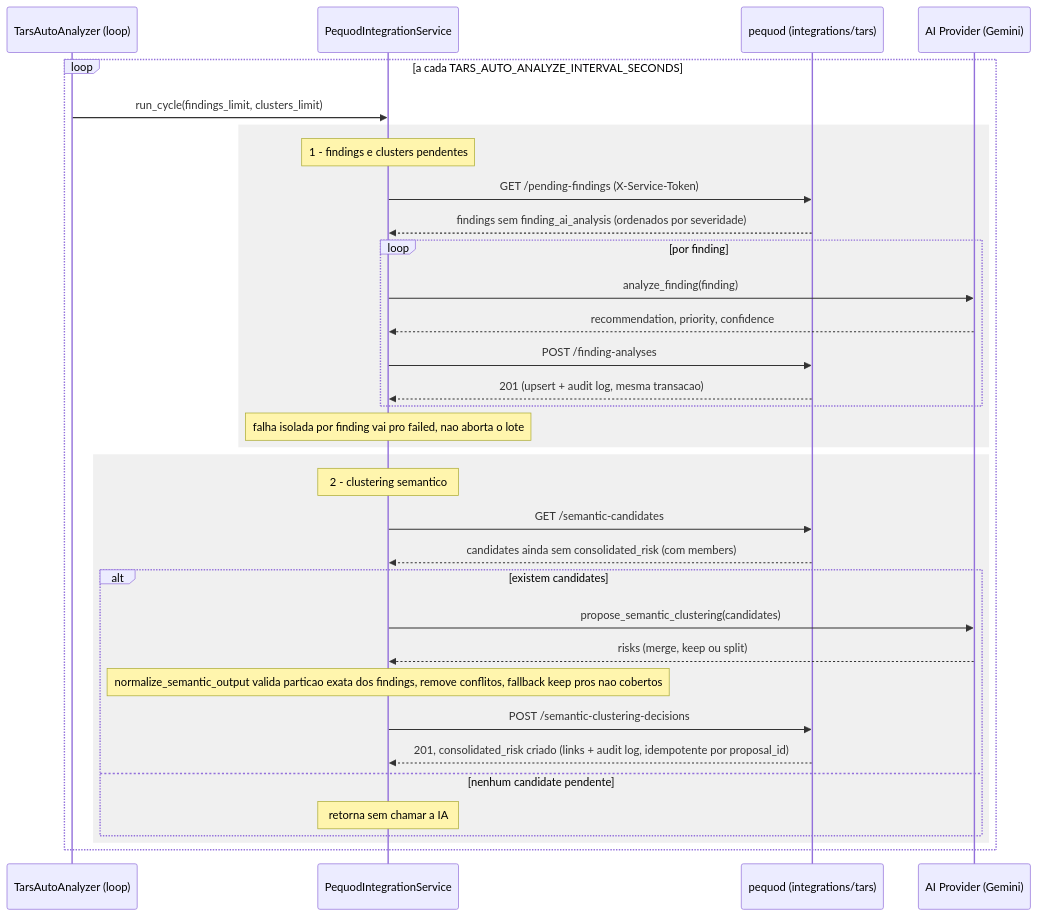
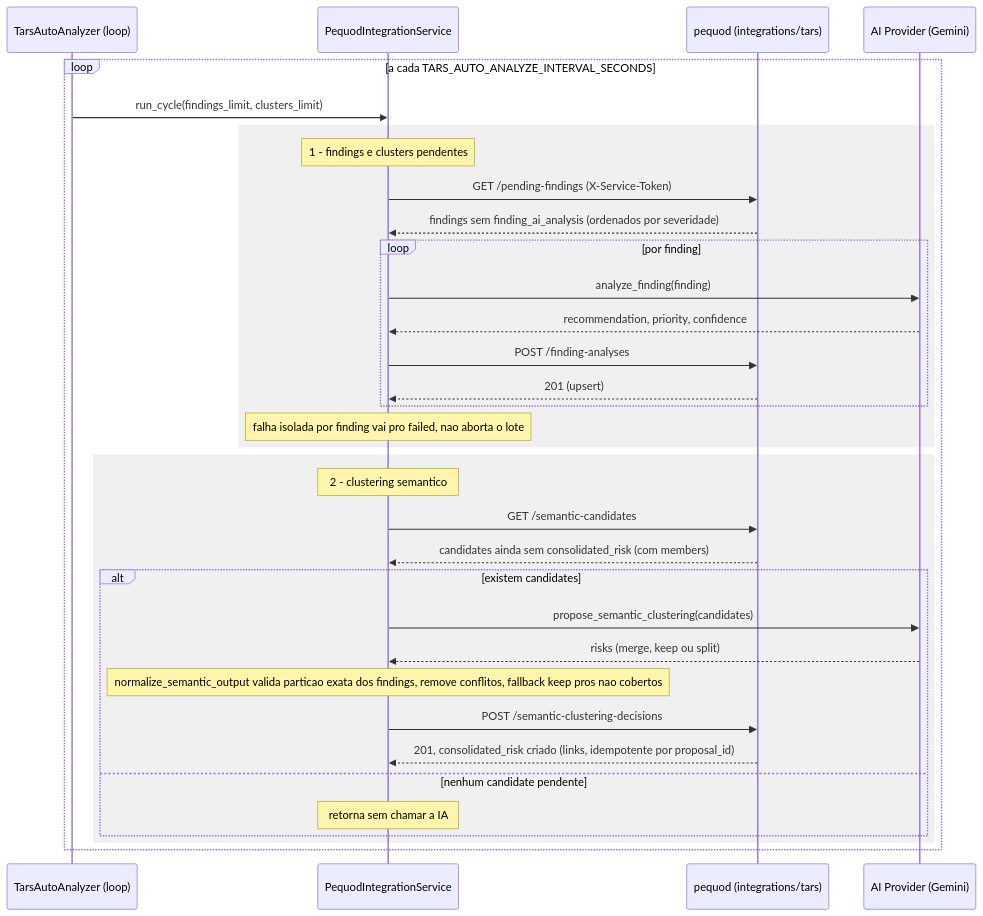
Before and after one commit to OdinEye-FIAP/aspm-docs: the second of 2 diagrams in docs/tars-ai.md, drawn with Mermaid. The commit also changed 8 other files, not shown here.

First line of the commit message:
docs: registrar remocao do audit log do pequod

````diff
--- a/docs/tars-ai.md
+++ b/docs/tars-ai.md
@@ -132,39 +132,39 @@
 ```mermaid
 sequenceDiagram
     participant AW as TarsAutoAnalyzer (loop)
     participant PIS as PequodIntegrationService
     participant PQ as pequod (integrations/tars)
     participant AI as AI Provider (Gemini)
 
     loop a cada TARS_AUTO_ANALYZE_INTERVAL_SECONDS
         AW->>PIS: run_cycle(findings_limit, clusters_limit)
 
         rect rgb(240,240,240)
         Note over PIS: 1 - findings e clusters pendentes
         PIS->>PQ: GET /pending-findings (X-Service-Token)
         PQ-->>PIS: findings sem finding_ai_analysis (ordenados por severidade)
         loop por finding
             PIS->>AI: analyze_finding(finding)
             AI-->>PIS: recommendation, priority, confidence
             PIS->>PQ: POST /finding-analyses
-            PQ-->>PIS: 201 (upsert + audit log, mesma transacao)
+            PQ-->>PIS: 201 (upsert)
         end
         Note over PIS: falha isolada por finding vai pro failed, nao aborta o lote
         end
 
         rect rgb(240,240,240)
         Note over PIS: 2 - clustering semantico
         PIS->>PQ: GET /semantic-candidates
         PQ-->>PIS: candidates ainda sem consolidated_risk (com members)
         alt existem candidates
             PIS->>AI: propose_semantic_clustering(candidates)
             AI-->>PIS: risks (merge, keep ou split)
             Note over PIS: normalize_semantic_output valida particao exata dos findings, remove conflitos, fallback keep pros nao cobertos
             PIS->>PQ: POST /semantic-clustering-decisions
-            PQ-->>PIS: 201, consolidated_risk criado (links + audit log, idempotente por proposal_id)
+            PQ-->>PIS: 201, consolidated_risk criado (links, idempotente por proposal_id)
         else nenhum candidate pendente
             Note over PIS: retorna sem chamar a IA
         end
         end
     end
 ```
````
